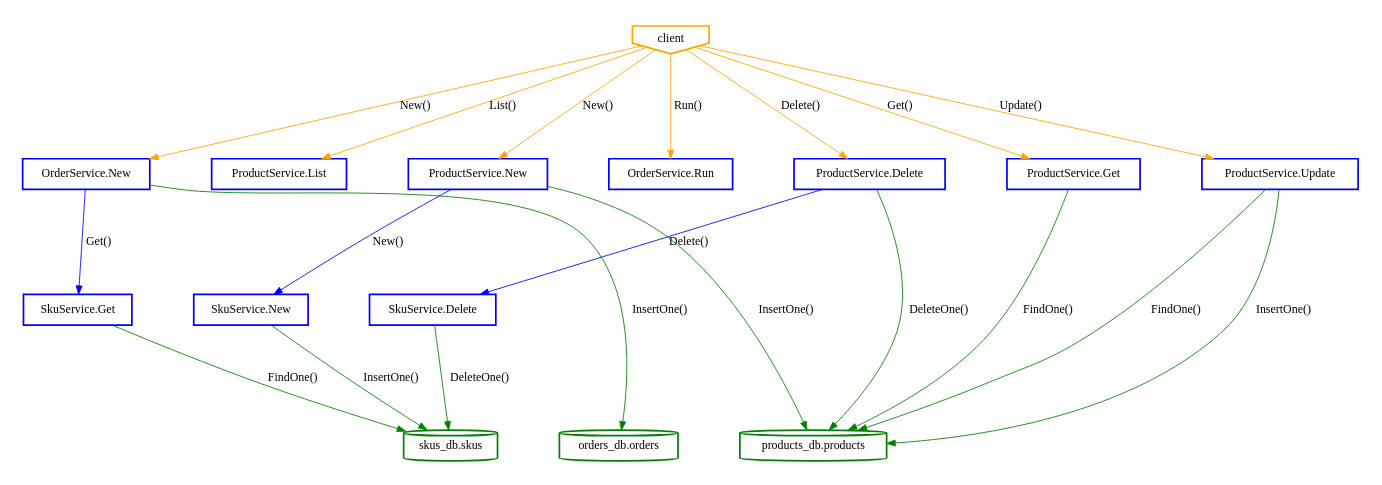
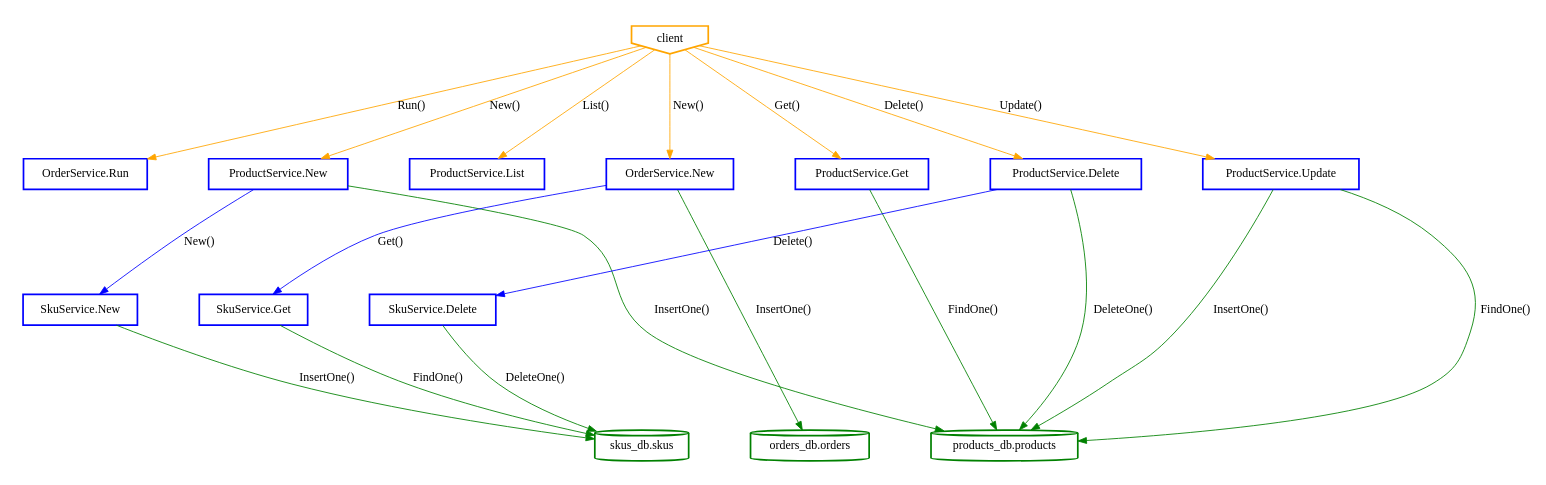
The diagram in ssa_analysis/analyzer/output/digota/abstractcallgraph.dot (aletheia-microservices/aletheia), drawn with Graphviz before and after one commit. The commit also changed other lines of this file and 215 other files, not shown here.

```diff
--- a/ssa_analysis/analyzer/output/digota/abstractcallgraph.dot
+++ b/ssa_analysis/analyzer/output/digota/abstractcallgraph.dot
@@ -1,47 +1,47 @@
 digraph G {
 	rankdir=TD;
 	ranksep=1.5;
 	nodesep=1;
 	subgraph cluster_clients {
 		style=invis;
 		N_client [label="client", style=bold, shape=invhouse, color="orange"];
 	}
 	subgraph cluster_services {
 		style=invis;
+		N_OrderService_Run [label="OrderService.Run", style=bold, shape=box, color="blue"];
+		N_ProductService_New [label="ProductService.New", style=bold, shape=box, color="blue"];
+		N_ProductService_List [label="ProductService.List", style=bold, shape=box, color="blue"];
 		N_OrderService_New [label="OrderService.New", style=bold, shape=box, color="blue"];
+		N_ProductService_Get [label="ProductService.Get", style=bold, shape=box, color="blue"];
+		N_ProductService_Delete [label="ProductService.Delete", style=bold, shape=box, color="blue"];
 		N_SkuService_Get [label="SkuService.Get", style=bold, shape=box, color="blue"];
 		N_SkuService_New [label="SkuService.New", style=bold, shape=box, color="blue"];
-		N_ProductService_List [label="ProductService.List", style=bold, shape=box, color="blue"];
-		N_ProductService_New [label="ProductService.New", style=bold, shape=box, color="blue"];
-		N_OrderService_Run [label="OrderService.Run", style=bold, shape=box, color="blue"];
 		N_ProductService_Update [label="ProductService.Update", style=bold, shape=box, color="blue"];
-		N_ProductService_Get [label="ProductService.Get", style=bold, shape=box, color="blue"];
 		N_SkuService_Delete [label="SkuService.Delete", style=bold, shape=box, color="blue"];
-		N_ProductService_Delete [label="ProductService.Delete", style=bold, shape=box, color="blue"];
 	}
 	subgraph cluster_databases {
 		style=invis;
 		N_orders_db_orders [label="orders_db.orders", style=bold, shape=cylinder, color="green"];
 		N_skus_db_skus [label="skus_db.skus", style=bold, shape=cylinder, color="green"];
 		N_products_db_products [label="products_db.products", style=bold, shape=cylinder, color="green"];
 	}
 	N_client -> N_OrderService_New [label="New()", color=orange];
 	N_OrderService_New -> N_SkuService_Get [label="Get()", color=blue];
 	N_OrderService_New -> N_orders_db_orders [label="InsertOne()", color=green];
 	N_SkuService_Get -> N_skus_db_skus [label="FindOne()", color=green];
 	N_client -> N_OrderService_Run [label="Run()", color=orange];
 	N_client -> N_ProductService_New [label="New()", color=orange];
 	N_ProductService_New -> N_products_db_products [label="InsertOne()", color=green];
 	N_ProductService_New -> N_SkuService_New [label="New()", color=blue];
 	N_SkuService_New -> N_skus_db_skus [label="InsertOne()", color=green];
 	N_client -> N_ProductService_Get [label="Get()", color=orange];
 	N_ProductService_Get -> N_products_db_products [label="FindOne()", color=green];
 	N_client -> N_ProductService_List [label="List()", color=orange];
 	N_client -> N_ProductService_Update [label="Update()", color=orange];
 	N_ProductService_Update -> N_products_db_products [label="FindOne()", color=green];
 	N_ProductService_Update -> N_products_db_products [label="InsertOne()", color=green];
 	N_client -> N_ProductService_Delete [label="Delete()", color=orange];
 	N_ProductService_Delete -> N_products_db_products [label="DeleteOne()", color=green];
 	N_ProductService_Delete -> N_SkuService_Delete [label="Delete()", color=blue];
 	N_SkuService_Delete -> N_skus_db_skus [label="DeleteOne()", color=green];
 }
```
